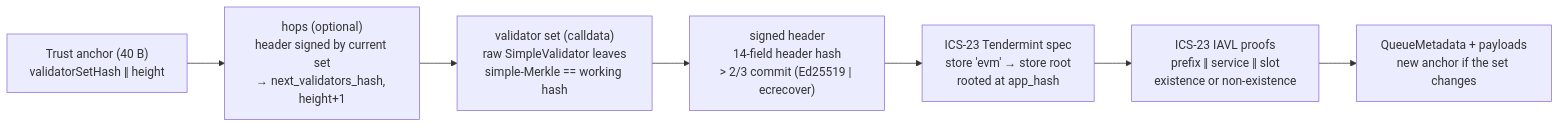
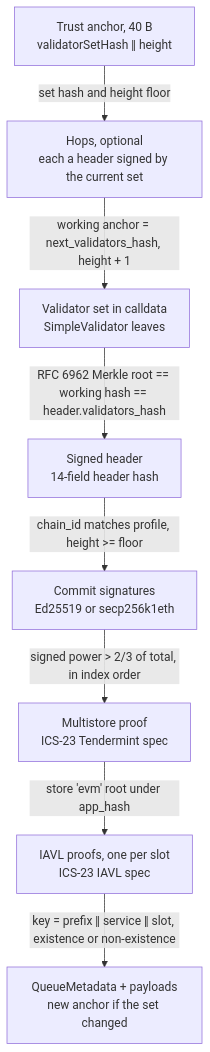
One commit to shayansal/clpr-smart-contracts changed the first of 2 diagrams in src/verifiers/evm/cometbft/README.md. Above: the diagram before and after it, drawn with Mermaid. The commit also changed other lines of this file and 3 other files, not shown here.

````diff
--- a/src/verifiers/evm/cometbft/README.md
+++ b/src/verifiers/evm/cometbft/README.md
@@ -43,9 +45,18 @@
 ```mermaid
-flowchart LR
-    A["Trust anchor (40 B)<br/>validatorSetHash ‖ height"] --> H["hops (optional)<br/>header signed by current set<br/>→ next_validators_hash, height+1"]
-    H --> V["validator set (calldata)<br/>raw SimpleValidator leaves<br/>simple-Merkle == working hash"]
-    V --> C["signed header<br/>14-field header hash<br/>> 2/3 commit (Ed25519 | ecrecover)"]
-    C --> M["ICS-23 Tendermint spec<br/>store 'evm' → store root<br/>rooted at app_hash"]
-    M --> I["ICS-23 IAVL proofs<br/>prefix ‖ service ‖ slot<br/>existence or non-existence"]
-    I --> Q["QueueMetadata + payloads<br/>new anchor if the set changes"]
+flowchart TD
+    A["Trust anchor, 40 B<br/>validatorSetHash ‖ height"]
+    H["Hops, optional<br/>each a header signed by the current set"]
+    V["Validator set in calldata<br/>SimpleValidator leaves"]
+    S["Signed header<br/>14-field header hash"]
+    C["Commit signatures<br/>Ed25519 or secp256k1eth"]
+    M["Multistore proof<br/>ICS-23 Tendermint spec"]
+    I["IAVL proofs, one per slot<br/>ICS-23 IAVL spec"]
+    Q["QueueMetadata + payloads<br/>new anchor if the set changed"]
+    A -->|"set hash and height floor"| H
+    H -->|"working anchor = next_validators_hash, height + 1"| V
+    V -->|"RFC 6962 Merkle root == working hash == header.validators_hash"| S
+    S -->|"chain_id matches profile, height >= floor"| C
+    C -->|"signed power > 2/3 of total, in index order"| M
+    M -->|"store 'evm' root under app_hash"| I
+    I -->|"key = prefix ‖ service ‖ slot, existence or non-existence"| Q
 ```
````
